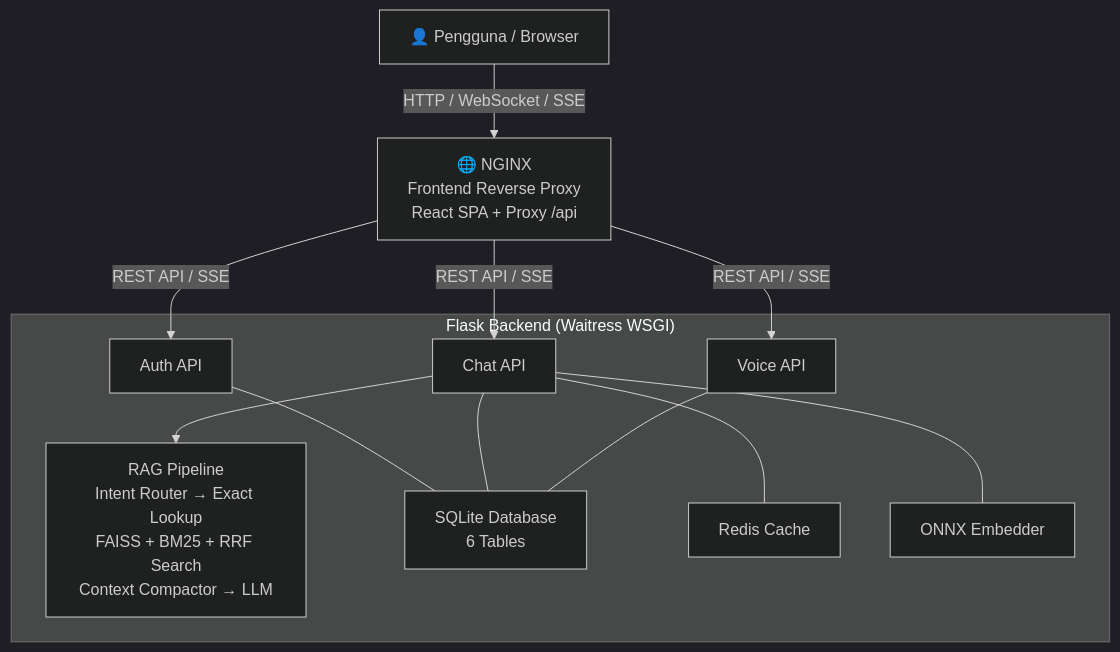
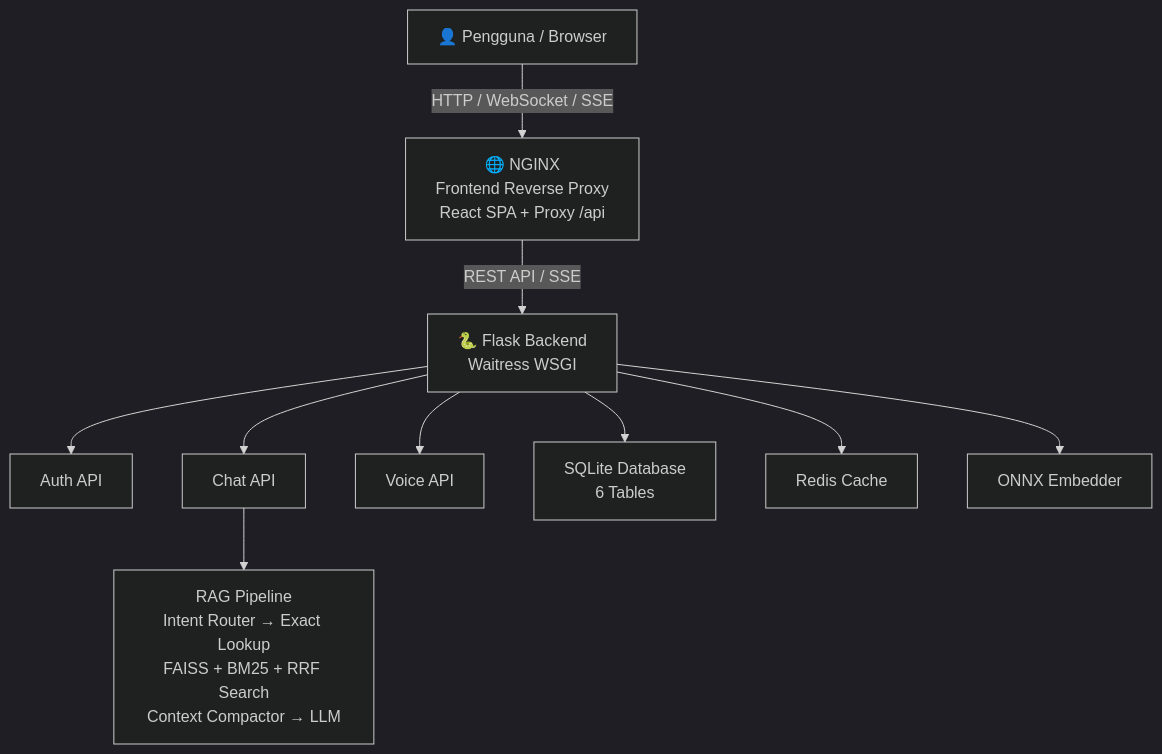
Before and after one commit to oviorlanda/readoo-ai: the diagram in README.md, drawn with Mermaid (dark theme).

Commit message:
Revise architecture diagram in README.md
Updated the architecture diagram in README.md to reflect changes in backend components and their relationships.

````diff
--- a/README.md
+++ b/README.md
@@ -50,34 +50,32 @@
 ```mermaid
 graph TD
 
     U["👤 Pengguna / Browser"]
+
     N["🌐 NGINX<br/>Frontend Reverse Proxy<br/>React SPA + Proxy /api"]
 
+    F["🐍 Flask Backend<br/>Waitress WSGI"]
+
+    AUTH["Auth API"]
+    CHAT["Chat API"]
+    VOICE["Voice API"]
+
+    RAG["RAG Pipeline<br/>Intent Router → Exact Lookup<br/>FAISS + BM25 + RRF Search<br/>Context Compactor → LLM"]
+
+    SQLITE["SQLite Database<br/>6 Tables"]
+    REDIS["Redis Cache"]
+    ONNX["ONNX Embedder"]
+
     U -->|HTTP / WebSocket / SSE| N
+    N -->|REST API / SSE| F
 
-    subgraph BACKEND["Flask Backend (Waitress WSGI)"]
+    F --> AUTH
+    F --> CHAT
+    F --> VOICE
 
-        AUTH["Auth API"]
-        CHAT["Chat API"]
-        VOICE["Voice API"]
+    CHAT --> RAG
 
-        RAG["RAG Pipeline<br/>Intent Router → Exact Lookup<br/>FAISS + BM25 + RRF Search<br/>Context Compactor → LLM"]
-
-        SQLITE["SQLite Database<br/>6 Tables"]
-        REDIS["Redis Cache"]
-        ONNX["ONNX Embedder"]
-
-        CHAT --> RAG
-
-        AUTH --- SQLITE
-        CHAT --- SQLITE
-        VOICE --- SQLITE
-
-        CHAT --- REDIS
-        CHAT --- ONNX
-    end
-
-    N -->|REST API / SSE| AUTH
-    N -->|REST API / SSE| CHAT
-    N -->|REST API / SSE| VOICE
+    F --> SQLITE
+    F --> REDIS
+    F --> ONNX
 ```
````
